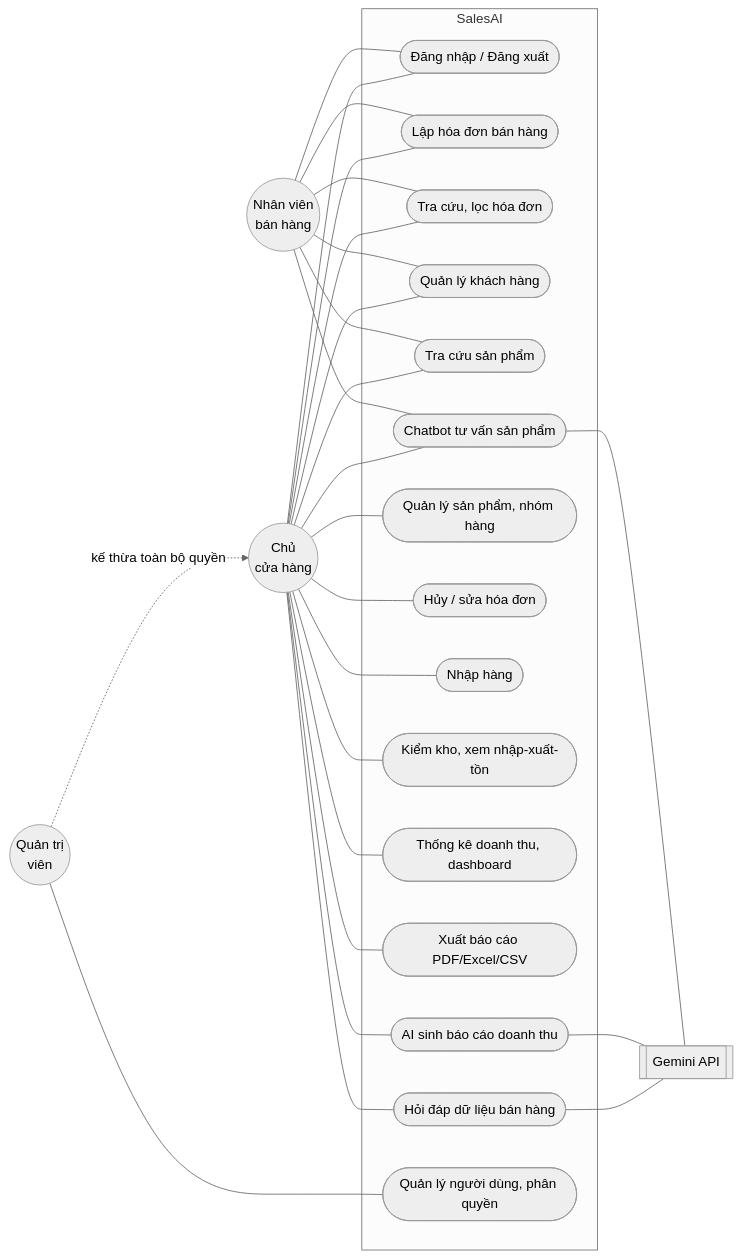
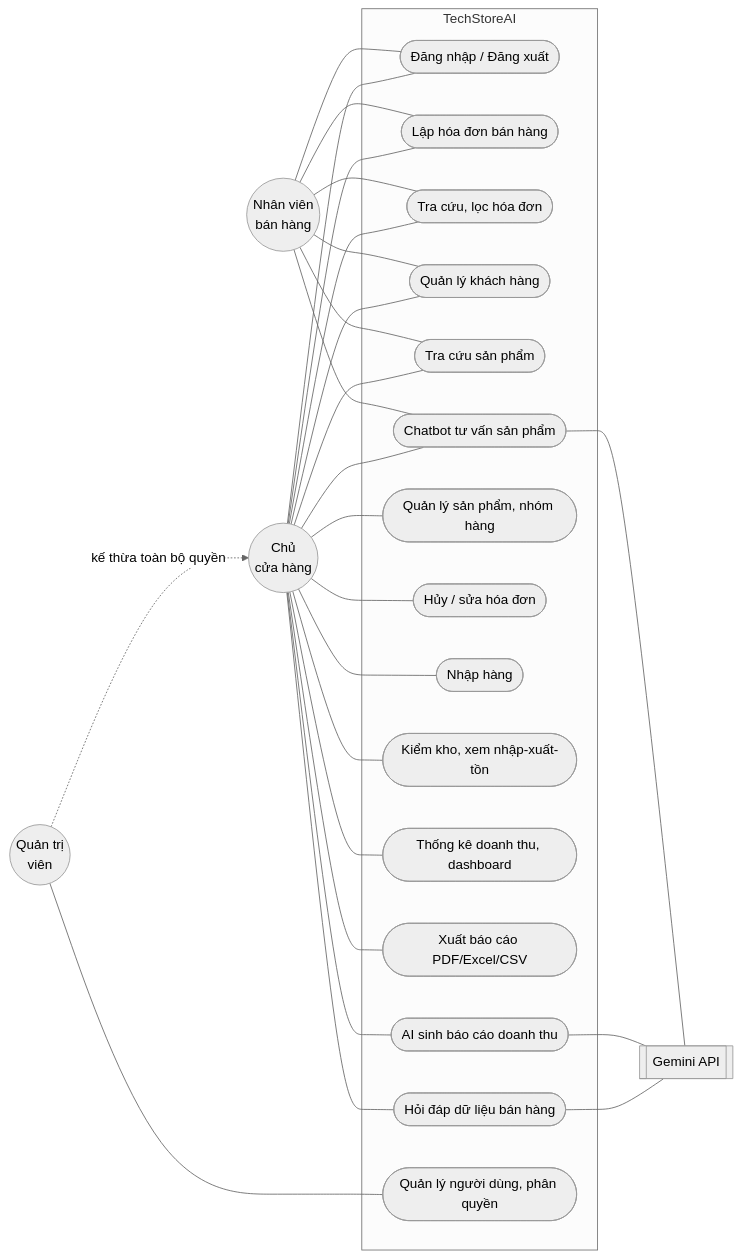
The fourth of 7 diagrams in docs/01_phan_tich_thiet_ke.md (NSNDHaiDang25/HeThongBanHangTichHopAI), drawn with Mermaid (neutral theme) before and after one commit. The commit also changed other lines of this file and 80 other files, not shown here.

First line of the commit message:
Hoàn thiện TechStoreAI theo SRS: đủ 72 test case, vai trò độc lập, gợi ý phụ kiện AI

````diff
--- a/docs/01_phan_tich_thiet_ke.md
+++ b/docs/01_phan_tich_thiet_ke.md
@@ -91,31 +91,31 @@
 ```mermaid
 flowchart LR
     Staff((Nhân viên<br/>bán hàng))
     Owner((Chủ<br/>cửa hàng))
     Admin((Quản trị<br/>viên))
     AI[[Gemini API]]
 
-    subgraph SalesAI
+    subgraph TechStoreAI
       UC1([Đăng nhập / Đăng xuất])
       UC2([Lập hóa đơn bán hàng])
       UC3([Tra cứu, lọc hóa đơn])
       UC4([Quản lý khách hàng])
       UC5([Tra cứu sản phẩm])
       UC6([Chatbot tư vấn sản phẩm])
       UC7([Quản lý sản phẩm, nhóm hàng])
       UC8([Hủy / sửa hóa đơn])
       UC9([Nhập hàng])
       UC10([Kiểm kho, xem nhập-xuất-tồn])
       UC11([Thống kê doanh thu, dashboard])
       UC12([Xuất báo cáo PDF/Excel/CSV])
       UC13([AI sinh báo cáo doanh thu])
       UC14([Hỏi đáp dữ liệu bán hàng])
       UC15([Quản lý người dùng, phân quyền])
     end
 
     Staff --- UC1 & UC2 & UC3 & UC4 & UC5 & UC6
     Owner --- UC1 & UC2 & UC3 & UC4 & UC5 & UC6 & UC7 & UC8 & UC9 & UC10 & UC11 & UC12 & UC13 & UC14
     Admin --- UC15
     Admin -.->|kế thừa toàn bộ quyền| Owner
     UC6 & UC13 & UC14 --- AI
 ```
````
